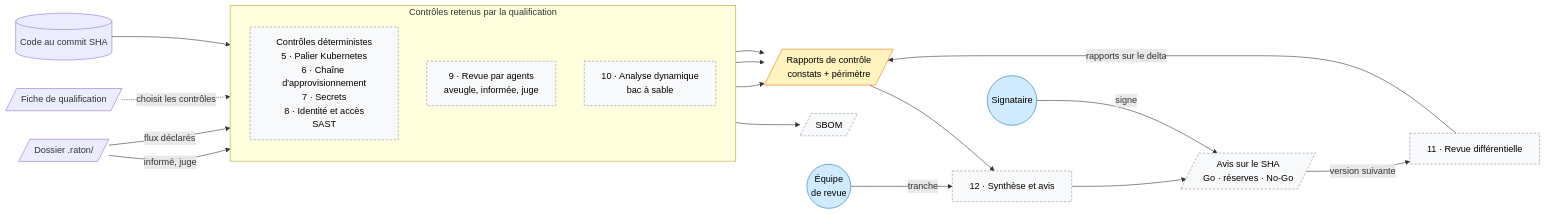
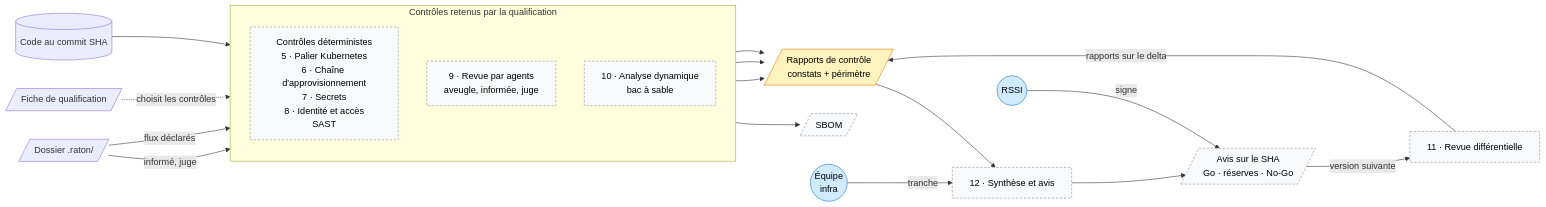
One commit to Jul0ow/Raton changed the fourth of 5 diagrams in docs/architecture.md. Above: the diagram before and after it, drawn with Mermaid. The commit also changed other lines of this file and 6 other files, not shown here.

````diff
--- a/docs/architecture.md
+++ b/docs/architecture.md
@@ -161,43 +161,43 @@
 ```mermaid
 flowchart LR
   QF[/"Fiche de qualification"/]
   CODE[("Code au commit SHA")]
   DOS[/"Dossier .raton/"/]
 
   subgraph CTRL ["Contrôles retenus par la qualification"]
     direction TB
     DET["Contrôles déterministes<br/>5 · Palier Kubernetes<br/>6 · Chaîne d'approvisionnement<br/>7 · Secrets<br/>8 · Identité et accès<br/>SAST"]
     AG["9 · Revue par agents<br/>aveugle, informée, juge"]
     DYN["10 · Analyse dynamique<br/>bac à sable"]
   end
 
   SBOM[/"SBOM"/]
   RAP[/"Rapports de contrôle<br/>constats + périmètre"/]
   SYN["12 · Synthèse et avis"]
   AVIS[/"Avis sur le SHA<br/>Go · réserves · No-Go"/]
   DIFF["11 · Revue différentielle"]
-  E(("Équipe<br/>de revue"))
-  S(("Signataire"))
+  E(("Équipe<br/>infra"))
+  S(("RSSI"))
 
   QF -.->|"choisit les contrôles"| CTRL
   CODE --> CTRL
   DOS -->|"informé, juge"| AG
   DOS -->|"flux déclarés"| DYN
   DET --> SBOM
   DET --> RAP
   AG --> RAP
   DYN --> RAP
   RAP --> SYN
   E -->|"tranche"| SYN
   SYN --> AVIS
   S -->|"signe"| AVIS
   AVIS -->|"version suivante"| DIFF
   DIFF -->|"rapports sur le delta"| RAP
 
   classDef humain fill:#d0ebff,stroke:#1971c2,color:#000
   classDef propose fill:#fff3bf,stroke:#e67700,color:#000
   classDef afaire fill:#f8f9fa,stroke:#868e96,color:#000,stroke-dasharray:4 3
   class E,S humain
   class RAP propose
   class DET,AG,DYN,SBOM,SYN,AVIS,DIFF afaire
 ```
````
